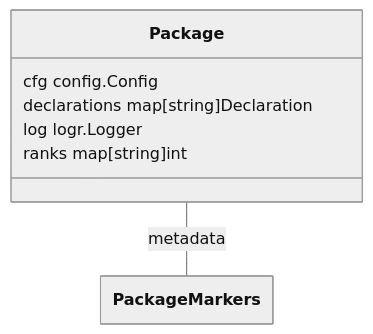
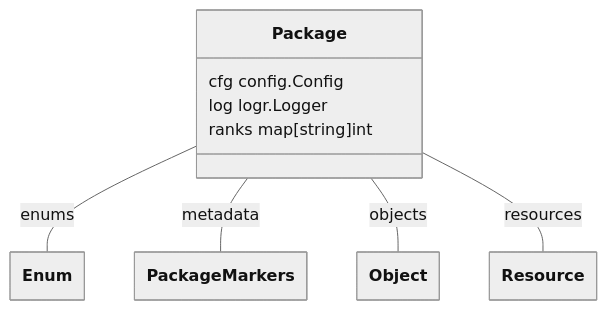
The seventh of 15 diagrams in docs/model/model.md (theunrepentantgeek/crddoc), drawn with Mermaid (neutral theme) before and after one commit. The commit also changed other lines of this file and 3 other files, not shown here.

````diff
--- a/docs/model/model.md
+++ b/docs/model/model.md
@@ -209,18 +212,23 @@
 ```mermaid
 ---
   config:
     class:
       hideEmptyMembersBox: true
 ---
 classDiagram
 class Package["Package"] {
     cfg config.Config
-    declarations map[string]Declaration
     log logr.Logger
     ranks map[string]int
 }
 
 
+Package -- Enum : enums
 Package -- PackageMarkers : metadata
+Package -- Object : objects
+Package -- Resource : resources
+class Enum["Enum"] 
 class PackageMarkers["PackageMarkers"] 
+class Object["Object"] 
+class Resource["Resource"] 
 ```
````
